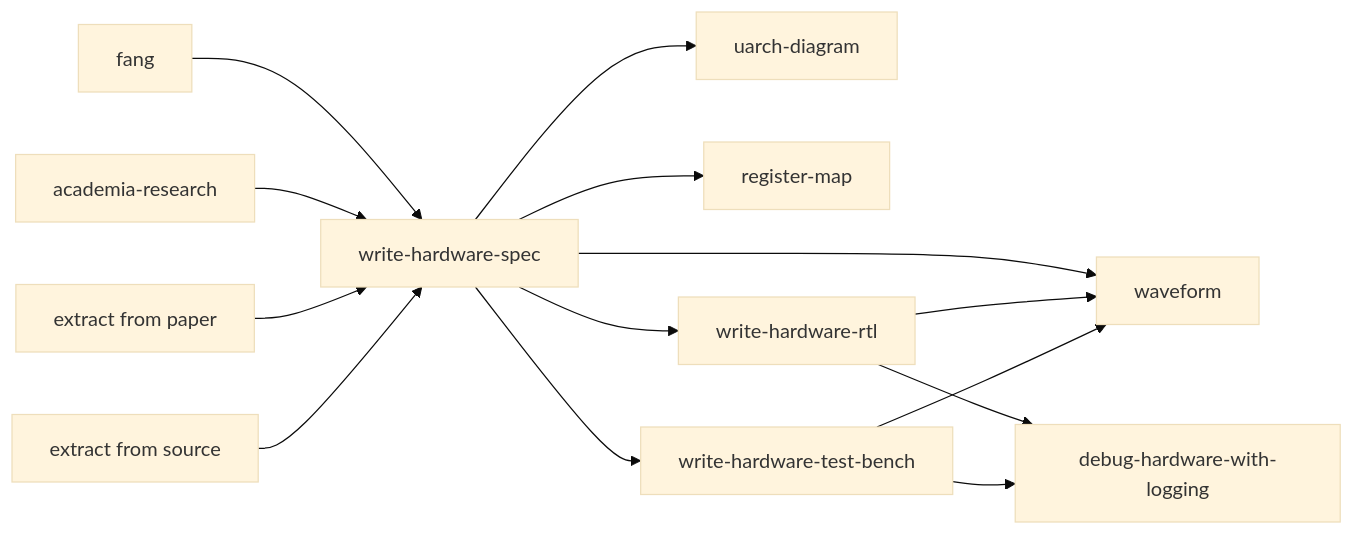
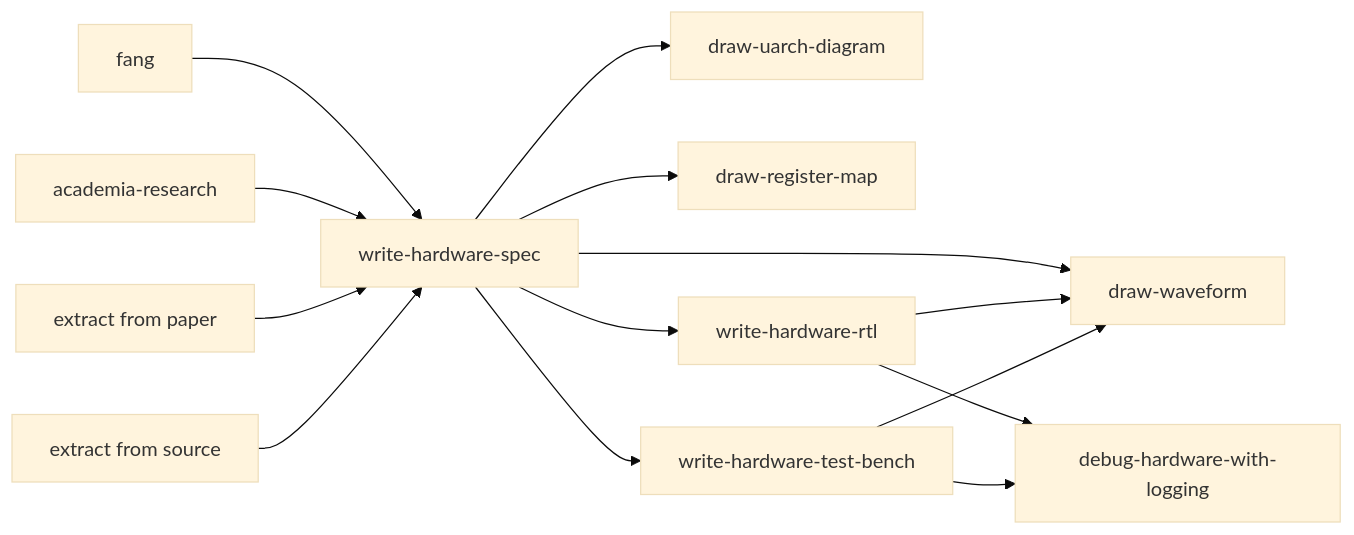
The diagram in README.md (jimwang99/system-architect-skills), drawn with Mermaid (base theme) before and after one commit. The commit also changed other lines of this file and 3 other files, not shown here.

````diff
--- a/README.md
+++ b/README.md
@@ -38,16 +38,16 @@
 ```mermaid
 flowchart LR
     Fang[fang] --> Spec[write-hardware-spec]
     Research[academia-research] --> Spec
     Paper[extract from paper] --> Spec
     Source[extract from source] --> Spec
-    Spec --> Diagram[uarch-diagram]
-    Spec --> Wave[waveform]
-    Spec --> Registers[register-map]
+    Spec --> Diagram[draw-uarch-diagram]
+    Spec --> Wave[draw-waveform]
+    Spec --> Registers[draw-register-map]
     Spec --> RTL[write-hardware-rtl]
     Spec --> TB[write-hardware-test-bench]
     RTL --> Wave
     TB --> Wave
     RTL --> Debug[debug-hardware-with-logging]
     TB --> Debug
 ```
````
